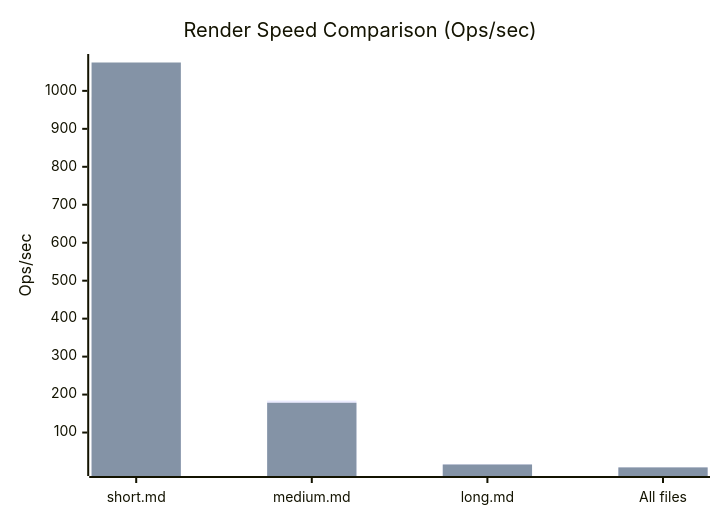
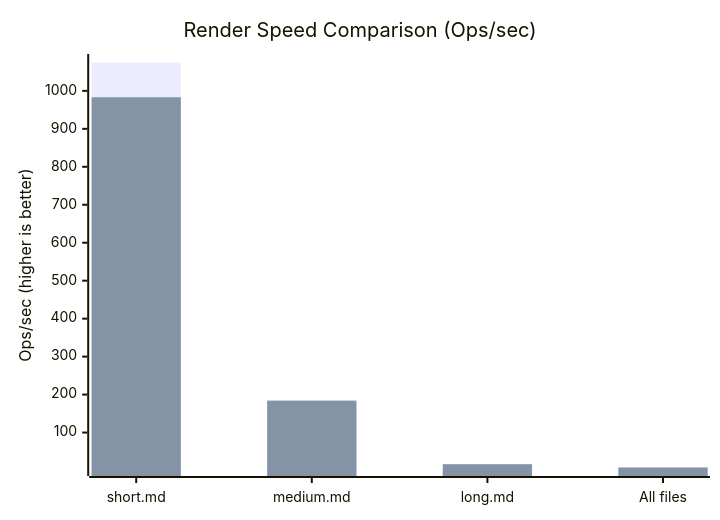
Before and after one commit to md2docx/react-markdown: the third of 6 diagrams in benchmark.md, drawn with Mermaid. The commit also changed other lines of this file and 1 other file, not shown here.

Commit message:
fix: update benchmark writer to correct order of libraries and enhance markdown output

````diff
--- a/benchmark.md
+++ b/benchmark.md
@@ -106,8 +106,8 @@
 ```mermaid
 xychart-beta
     title "Render Speed Comparison (Ops/sec)"
     x-axis ["short.md", "medium.md", "long.md", "All files"]
-    y-axis "Ops/sec"
+    y-axis "Ops/sec (higher is better)"
+    bar [1074.7174608421187, 178.4132210116435, 15.800009201624405, 8.174038243682]  %% react-markdown
     bar [983.1686946675665, 184.12467512549756, 16.564404801792207, 7.916570700995681]  %% @m2d/react-markdown
-    bar [1074.7174608421187, 178.4132210116435, 15.800009201624405, 8.174038243682]  %% react-markdown
 ```
````
